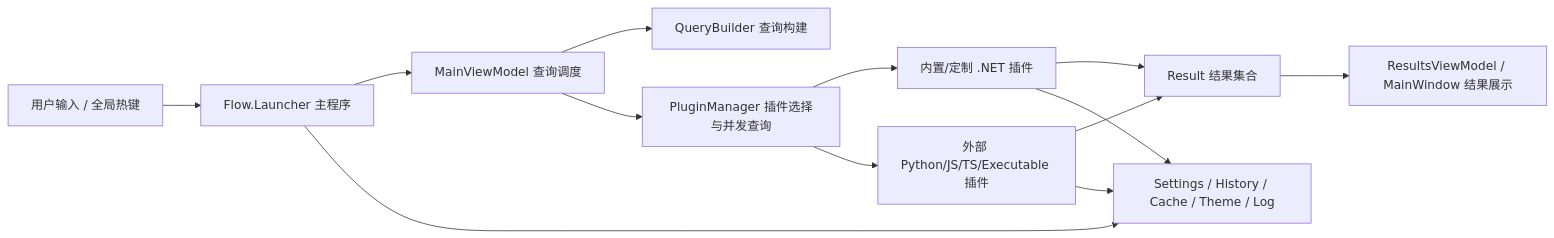
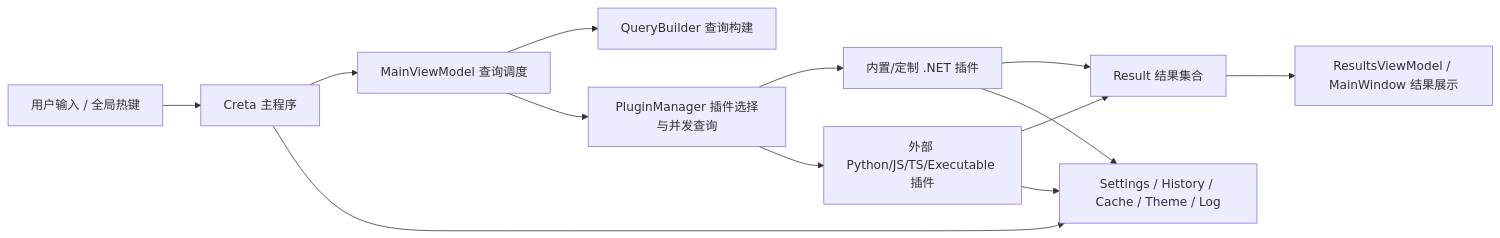
The diagram in docs/设计文档.md (Songchangan7/Flow.Launcher), drawn with Mermaid before and after one commit. The commit also changed other lines of this file and 9 other files, not shown here.

````diff
--- a/docs/设计文档.md
+++ b/docs/设计文档.md
@@ -63,15 +63,15 @@
 ```mermaid
 flowchart LR
-    A["用户输入 / 全局热键"] --> B["Flow.Launcher 主程序"]
+    A["用户输入 / 全局热键"] --> B["Creta 主程序"]
     B --> C["MainViewModel 查询调度"]
     C --> D["QueryBuilder 查询构建"]
     C --> E["PluginManager 插件选择与并发查询"]
     E --> F["内置/定制 .NET 插件"]
     E --> G["外部 Python/JS/TS/Executable 插件"]
     F --> H["Result 结果集合"]
     G --> H
     H --> I["ResultsViewModel / MainWindow 结果展示"]
     B --> J["Settings / History / Cache / Theme / Log"]
     F --> J
     G --> J
 ```
````
